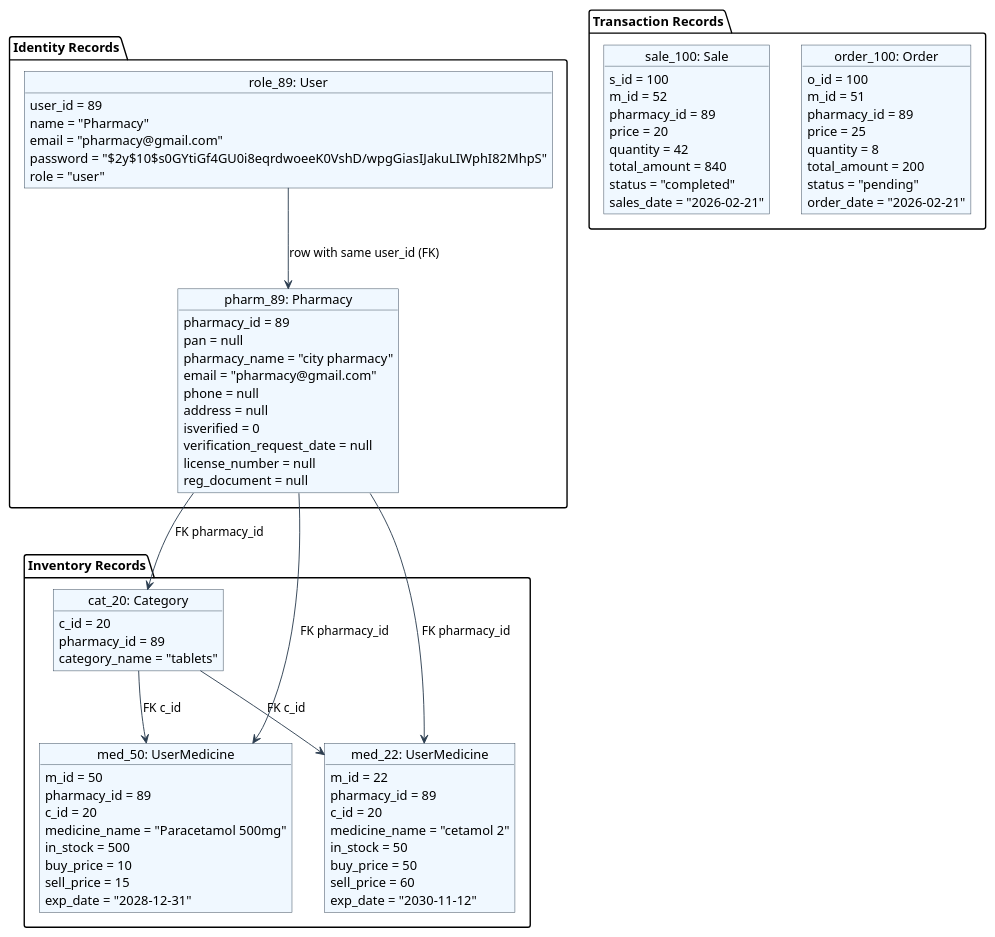
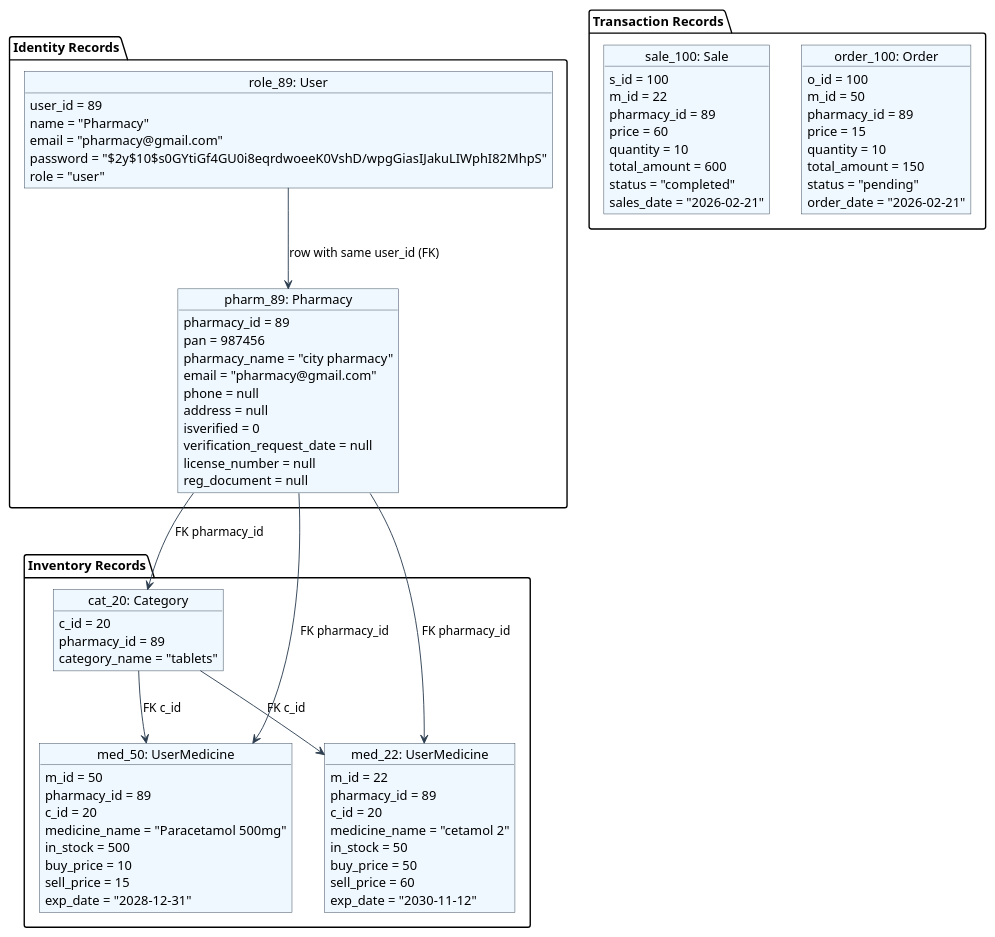
The seventh of 9 diagrams in docs/diagrams.md (RibeshMaharjan/MedVault), drawn with PlantUML before and after one commit. The commit also changed other lines of this file, not shown here.

Commit message:
refactor(state-diagram): remove verification block, shorten labels, trim duplicate features

```diff
--- a/docs/diagrams.md
+++ b/docs/diagrams.md
@@ -746,7 +671,7 @@
 
     object "pharm_89: Pharmacy" as pharm {
         pharmacy_id = 89
-        pan = null
+        pan = 987456
         pharmacy_name = "city pharmacy"
         email = "pharmacy@gmail.com"
         phone = null
@@ -791,22 +716,22 @@
 package "Transaction Records" {
     object "order_100: Order" as order {
         o_id = 100
-        m_id = 51
+        m_id = 50
         pharmacy_id = 89
-        price = 25
-        quantity = 8
-        total_amount = 200
+        price = 15
+        quantity = 10
+        total_amount = 150
         status = "pending"
         order_date = "2026-02-21"
     }
 
     object "sale_100: Sale" as sale {
         s_id = 100
-        m_id = 52
+        m_id = 22
         pharmacy_id = 89
-        price = 20
-        quantity = 42
-        total_amount = 840
+        price = 60
+        quantity = 10
+        total_amount = 600
         status = "completed"
         sales_date = "2026-02-21"
     }
```
